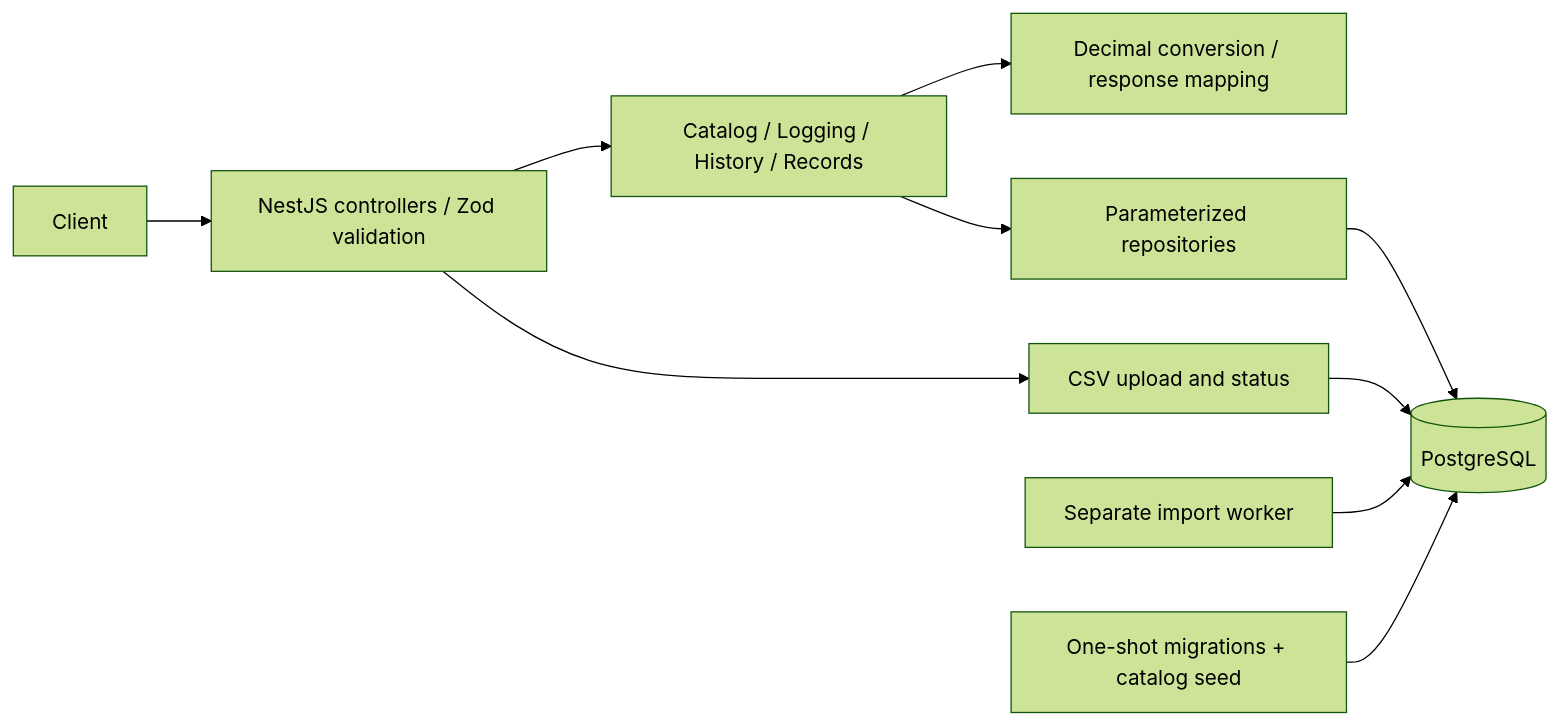
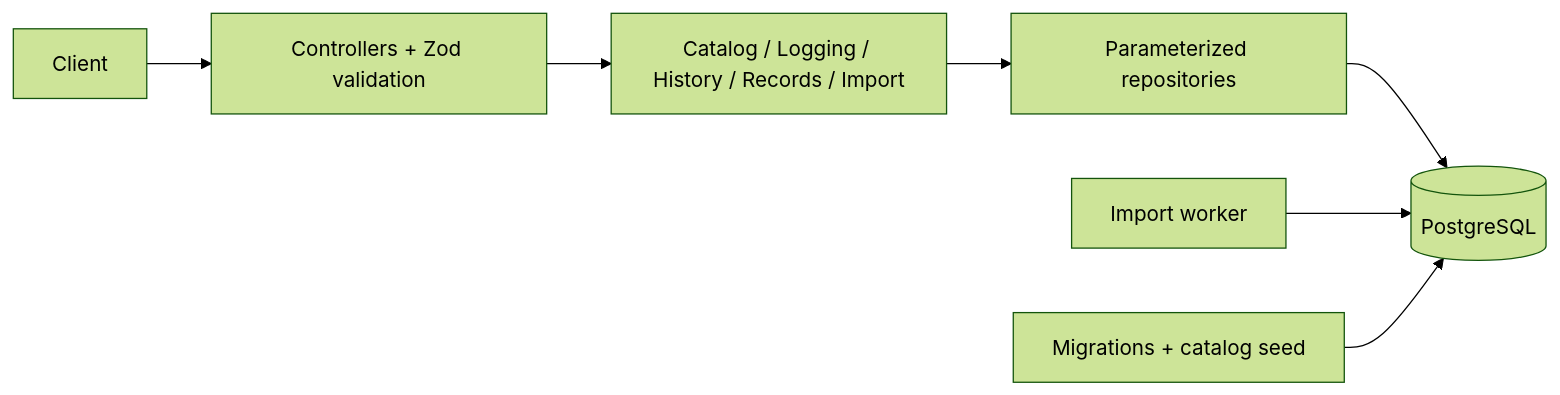
One commit to phuoctrung-ppt/everfit-assignment changed the diagram in README.md. Above: the diagram before and after it, drawn with Mermaid (forest theme). The commit also changed other lines of this file and 6 other files, not shown here.

````diff
--- a/README.md
+++ b/README.md
@@ -7,12 +11,9 @@
 ```mermaid
 flowchart LR
-    Client --> HTTP[NestJS controllers / Zod validation]
-    HTTP --> Services[Catalog / Logging / History / Records]
-    Services --> Units[Decimal conversion / response mapping]
+    Client --> HTTP[Controllers + Zod validation]
+    HTTP --> Services[Catalog / Logging / History / Records / Import]
     Services --> SQL[Parameterized repositories]
     SQL --> PG[(PostgreSQL)]
-    HTTP --> Imports[CSV upload and status]
-    Imports --> PG
-    Worker[Separate import worker] --> PG
-    Init[One-shot migrations + catalog seed] --> PG
+    Worker[Import worker] --> PG
+    Init[Migrations + catalog seed] --> PG
 ```
````
